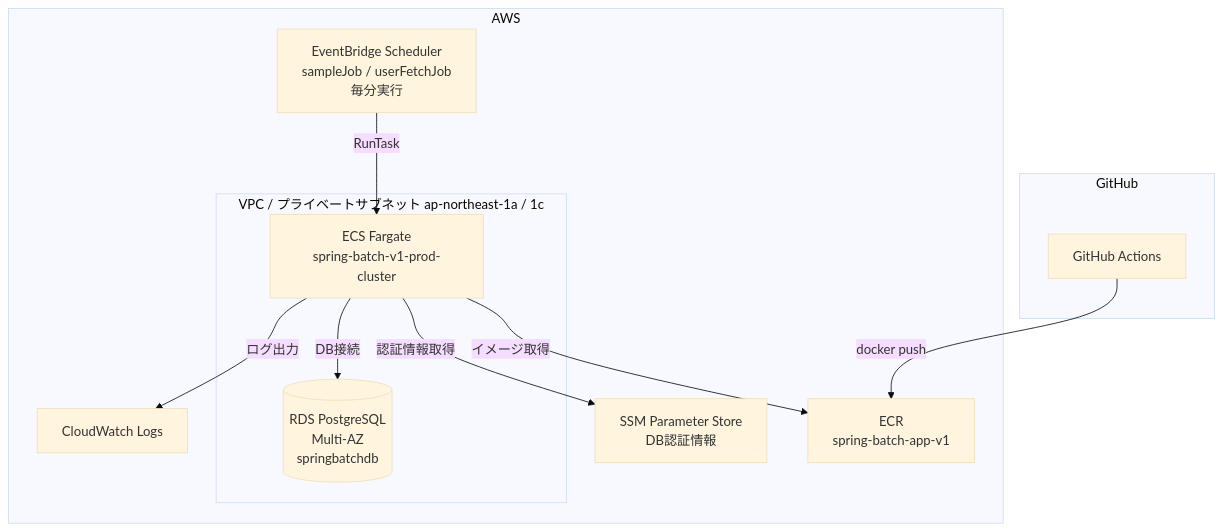
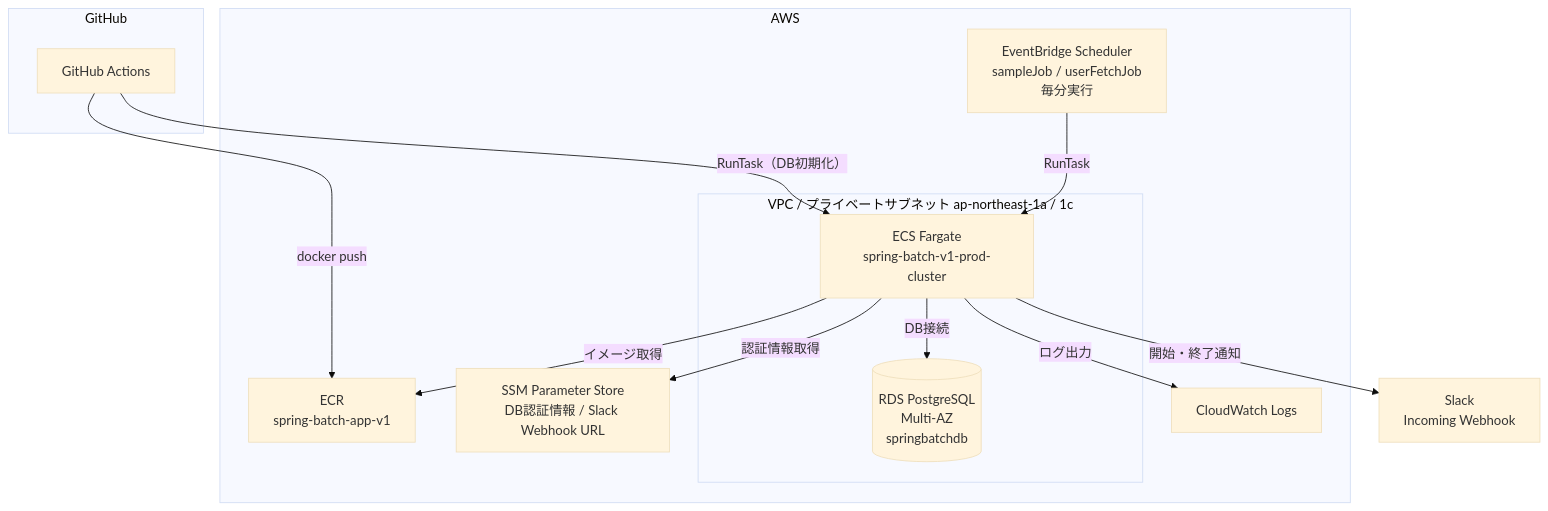
One commit to sukunahikona/spring-batch-v1-monorepo changed the diagram in infra/README.md. Above: the diagram before and after it, drawn with Mermaid (base theme). The commit also changed other lines of this file, not shown here.

````diff
--- a/infra/README.md
+++ b/infra/README.md
@@ -35,25 +35,27 @@
 ```mermaid
 graph TB
     subgraph GitHub
         GHA[GitHub Actions]
     end
 
     subgraph AWS
         ECR[ECR\nspring-batch-app-v1]
         EBS[EventBridge Scheduler\nsampleJob / userFetchJob\n毎分実行]
-        SSM[SSM Parameter Store\nDB認証情報]
+        SSM[SSM Parameter Store\nDB認証情報 / Slack Webhook URL]
         CWL[CloudWatch Logs]
 
         subgraph VPC / プライベートサブネット ap-northeast-1a / 1c
             ECS[ECS Fargate\nspring-batch-v1-prod-cluster]
             RDS[(RDS PostgreSQL\nMulti-AZ\nspringbatchdb)]
         end
     end
 
     GHA -->|docker push| ECR
+    GHA -->|RunTask（DB初期化）| ECS
     EBS -->|RunTask| ECS
     ECS -->|イメージ取得| ECR
     ECS -->|認証情報取得| SSM
     ECS -->|DB接続| RDS
     ECS -->|ログ出力| CWL
+    ECS -->|開始・終了通知| SLACK[Slack\nIncoming Webhook]
 ```
````
